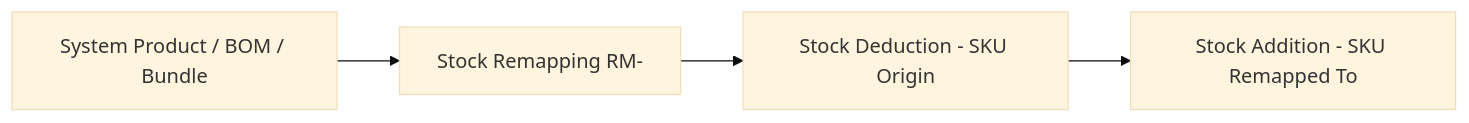
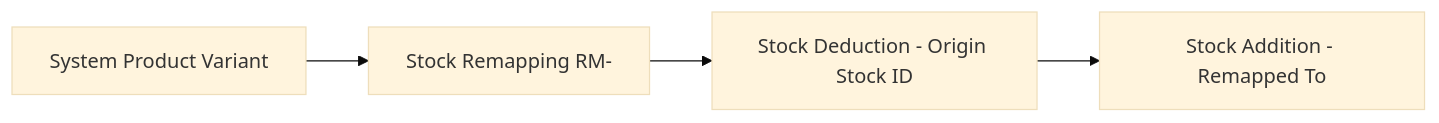
One commit to yendyr/olshoperp-docs changed the first of 2 diagrams in qa-docs/accounting-stock-remapping/requirement.md. Above: the diagram before and after it, drawn with Mermaid (base theme). The commit also changed other lines of this file and 123 other files, not shown here.

````diff
--- a/qa-docs/accounting-stock-remapping/requirement.md
+++ b/qa-docs/accounting-stock-remapping/requirement.md
@@ -37,6 +36,6 @@
 ```mermaid
 flowchart LR
-    SP[System Product / BOM / Bundle] --> RM[Stock Remapping RM-]
-    RM --> SD[Stock Deduction - SKU Origin]
-    SD --> SA[Stock Addition - SKU Remapped To]
+    SP[System Product Variant] --> RM[Stock Remapping RM-]
+    RM --> SD[Stock Deduction - Origin Stock ID]
+    SD --> SA[Stock Addition - Remapped To]
 ```
````
